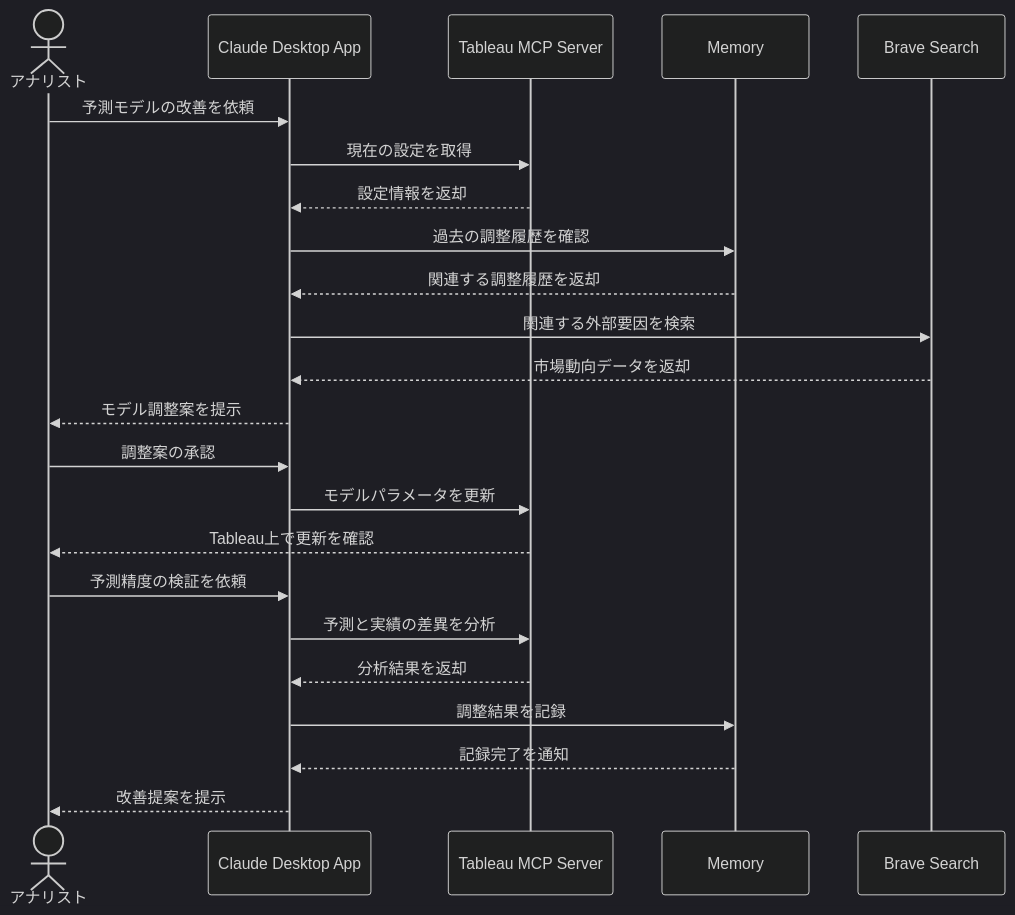
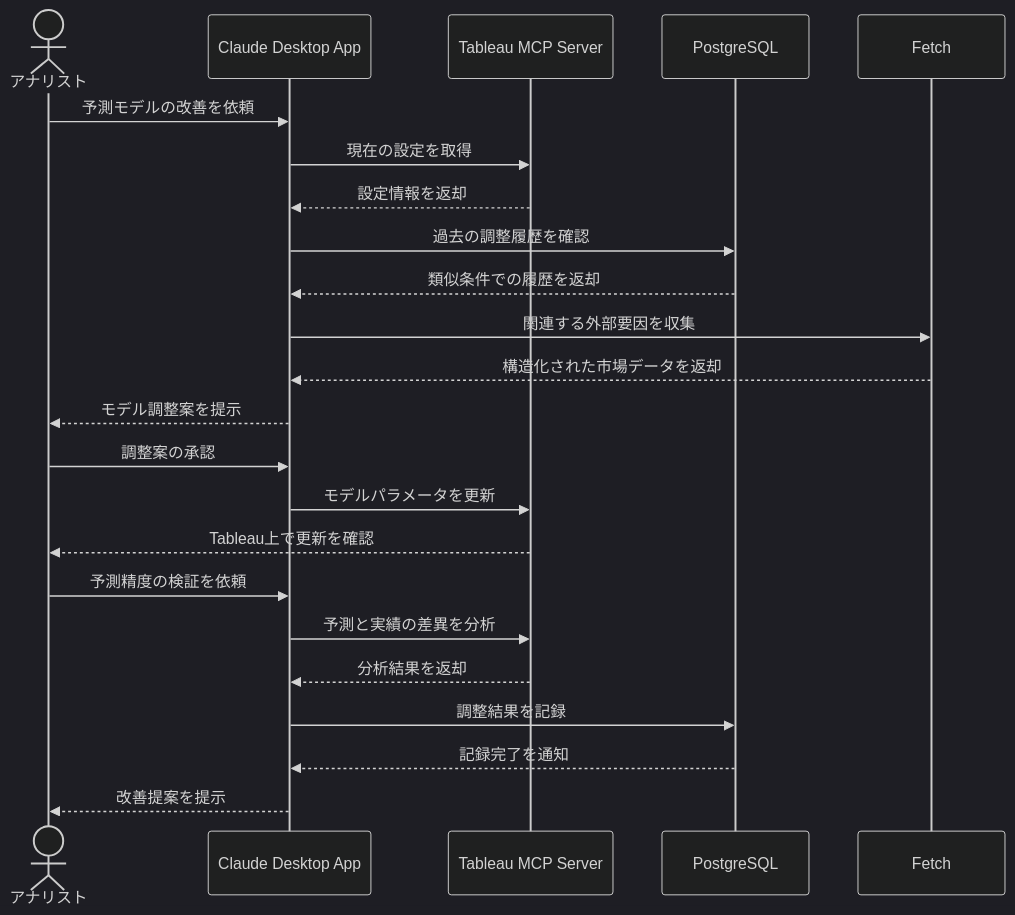
One commit to po-shu/mcp-100-ideas changed the diagram in docs/07_経営・企画/TableauでKPIダッシュボードを改善する.md. Above: the diagram before and after it, drawn with Mermaid (dark theme). The commit also changed other lines of this file and 2 other files, not shown here.

Commit message:
docs: 02,07 stop!! hallucination, 07 in progress

````diff
--- a/docs/07_経営・企画/TableauでKPIダッシュボードを改善する.md
+++ b/docs/07_経営・企画/TableauでKPIダッシュボードを改善する.md
@@ -17,26 +17,26 @@
 ```mermaid
 sequenceDiagram
     actor User as アナリスト
     participant CAP as Claude Desktop App
     participant TBL as Tableau MCP Server
-    participant MEM as Memory
-    participant BRV as Brave Search
+    participant DB as PostgreSQL
+    participant FTC as Fetch
     
     User->>CAP: 予測モデルの改善を依頼
     CAP->>TBL: 現在の設定を取得
     TBL-->>CAP: 設定情報を返却
-    CAP->>MEM: 過去の調整履歴を確認
-    MEM-->>CAP: 関連する調整履歴を返却
-    CAP->>BRV: 関連する外部要因を検索
-    BRV-->>CAP: 市場動向データを返却
+    CAP->>DB: 過去の調整履歴を確認
+    DB-->>CAP: 類似条件での履歴を返却
+    CAP->>FTC: 関連する外部要因を収集
+    FTC-->>CAP: 構造化された市場データを返却
     CAP-->>User: モデル調整案を提示
     User->>CAP: 調整案の承認
     CAP->>TBL: モデルパラメータを更新
     TBL-->>User: Tableau上で更新を確認
     User->>CAP: 予測精度の検証を依頼
     CAP->>TBL: 予測と実績の差異を分析
     TBL-->>CAP: 分析結果を返却
-    CAP->>MEM: 調整結果を記録
-    MEM-->>CAP: 記録完了を通知
+    CAP->>DB: 調整結果を記録
+    DB-->>CAP: 記録完了を通知
     CAP-->>User: 改善提案を提示
 ```
````
